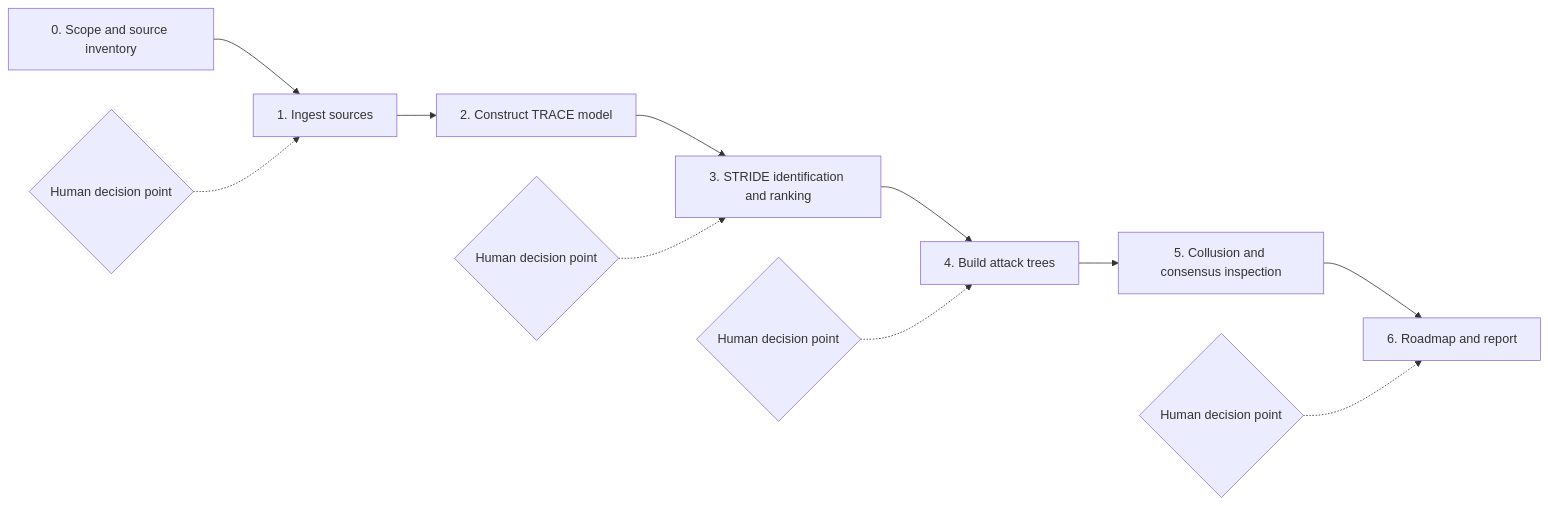
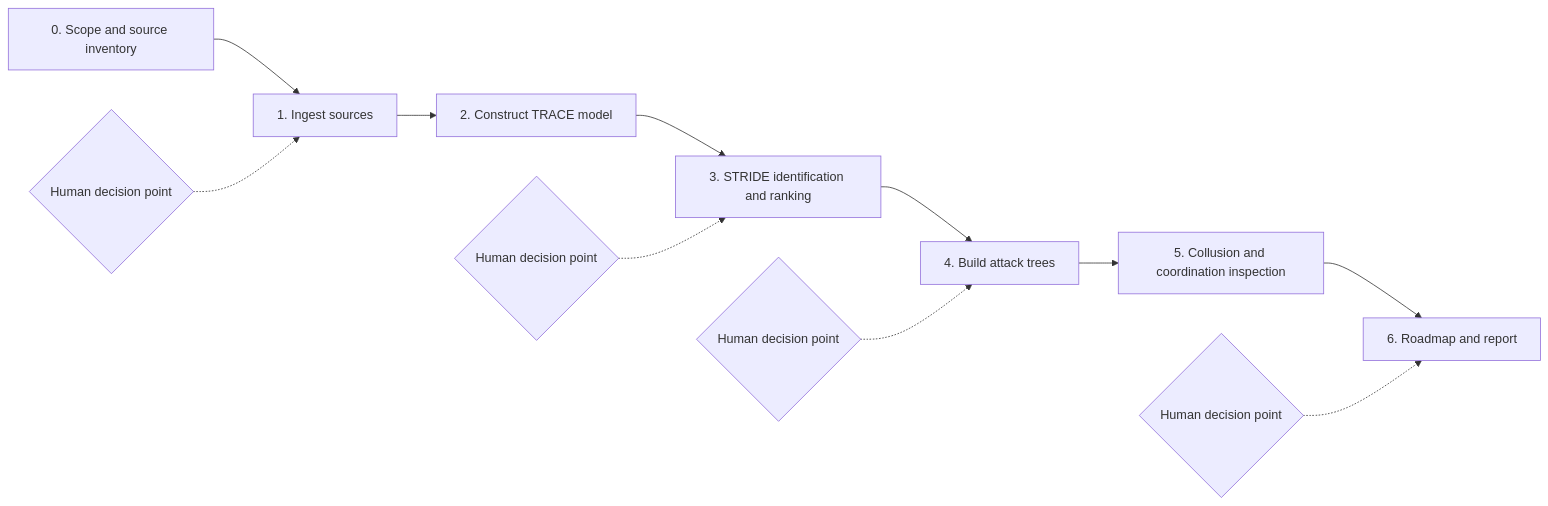
The third of 3 diagrams in METHODOLOGY.md (oak-security/TRACE), drawn with Mermaid before and after one commit. The commit also changed other lines of this file and 6 other files, not shown here.

````diff
--- a/METHODOLOGY.md
+++ b/METHODOLOGY.md
@@ -182,14 +195,14 @@
 ```mermaid
 flowchart LR
     Scope["0. Scope and source inventory"] --> Ingest["1. Ingest sources"]
     Ingest --> Model["2. Construct TRACE model"]
     Model --> STRIDE["3. STRIDE identification and ranking"]
     STRIDE --> Trees["4. Build attack trees"]
-    Trees --> Collusion["5. Collusion and consensus inspection"]
+    Trees --> Collusion["5. Collusion and coordination inspection"]
     Collusion --> Roadmap["6. Roadmap and report"]
 
     Gate0{"Human decision point"} -.-> Ingest
     Gate1{"Human decision point"} -.-> STRIDE
     Gate2{"Human decision point"} -.-> Trees
     Gate3{"Human decision point"} -.-> Roadmap
 ```
````
